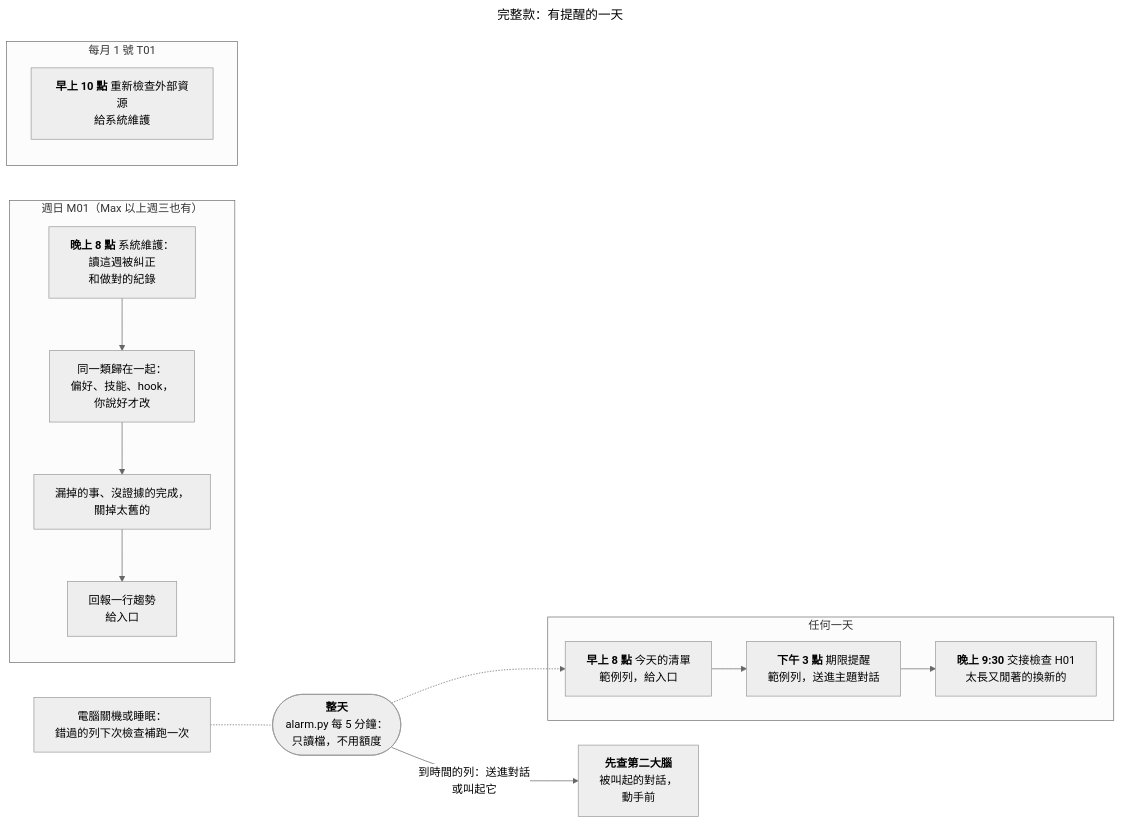
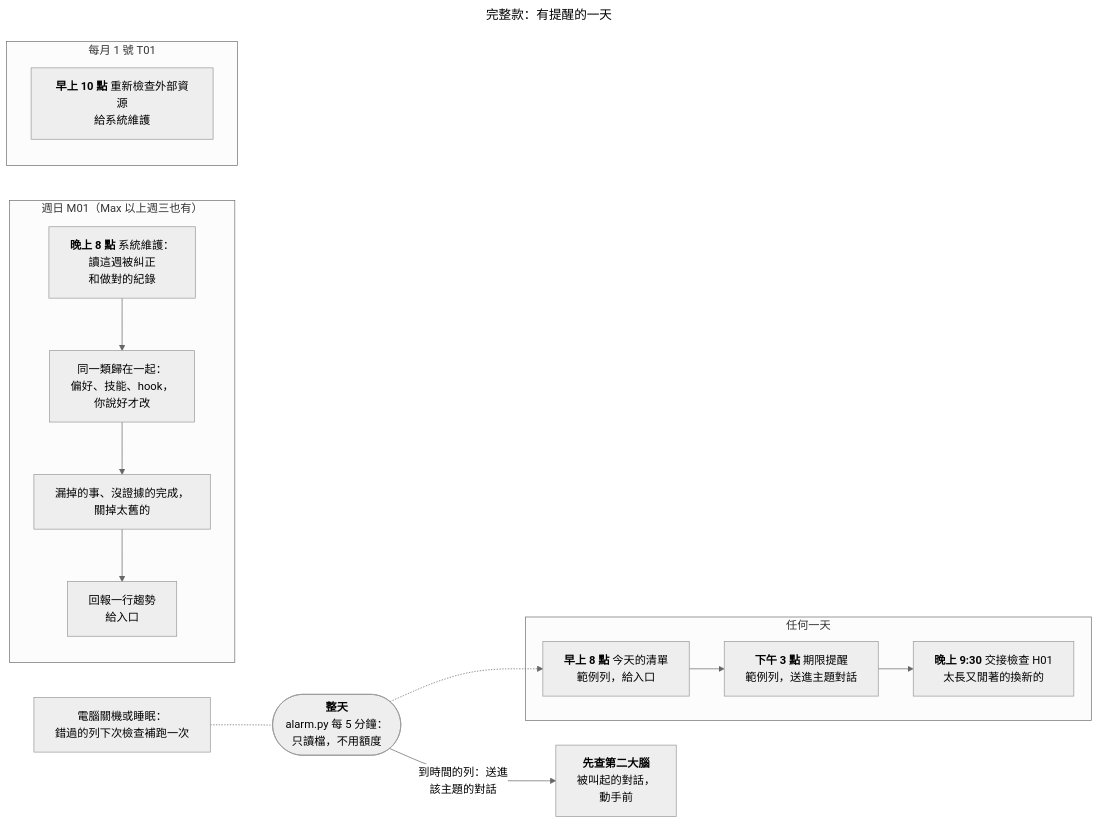
One commit to 0Smallcat0/second-brain-kit changed the fourth of 6 diagrams in docs/zh-TW/進階功能.md. Above: the diagram before and after it, drawn with Mermaid (neutral theme). The commit also changed other lines of this file and 47 other files, not shown here.

````diff
--- a/docs/zh-TW/進階功能.md
+++ b/docs/zh-TW/進階功能.md
@@ -195,20 +195,20 @@
 ```mermaid
 ---
 title: "完整款：有提醒的一天"
 ---
 flowchart LR
   Tick(["<b>整天</b><br/>alarm.py 每 5 分鐘：<br/>只讀檔，不用額度"])
   Tick -.-> M
-  Tick -->|"到時間的列：送進對話<br/>或叫起它"| CK["<b>先查第二大腦</b><br/>被叫起的對話，<br/>動手前"]
+  Tick -->|"到時間的列：送進<br/>該主題的對話"| CK["<b>先查第二大腦</b><br/>被叫起的對話，<br/>動手前"]
   subgraph Day["任何一天"]
     M["<b>早上 8 點</b> 今天的清單<br/>範例列，給入口"] --> R["<b>下午 3 點</b> 期限提醒<br/>範例列，送進主題對話"]
     R --> H["<b>晚上 9:30</b> 交接檢查 H01<br/>太長又閒著的換新的"]
   end
   subgraph Sun["週日 M01（Max 以上週三也有）"]
     W["<b>晚上 8 點</b> 系統維護：<br/>讀這週被糾正<br/>和做對的紀錄"] --> W1["同一類歸在一起：<br/>偏好、技能、hook，<br/>你說好才改"] --> W2["漏掉的事、沒證據的完成，<br/>關掉太舊的"] --> W3["回報一行趨勢<br/>給入口"]
   end
   subgraph Month["每月 1 號 T01"]
     T1["<b>早上 10 點</b> 重新檢查外部資源<br/>給系統維護"]
   end
   Off["電腦關機或睡眠：<br/>錯過的列下次檢查補跑一次"] -.- Tick
 ```
````
